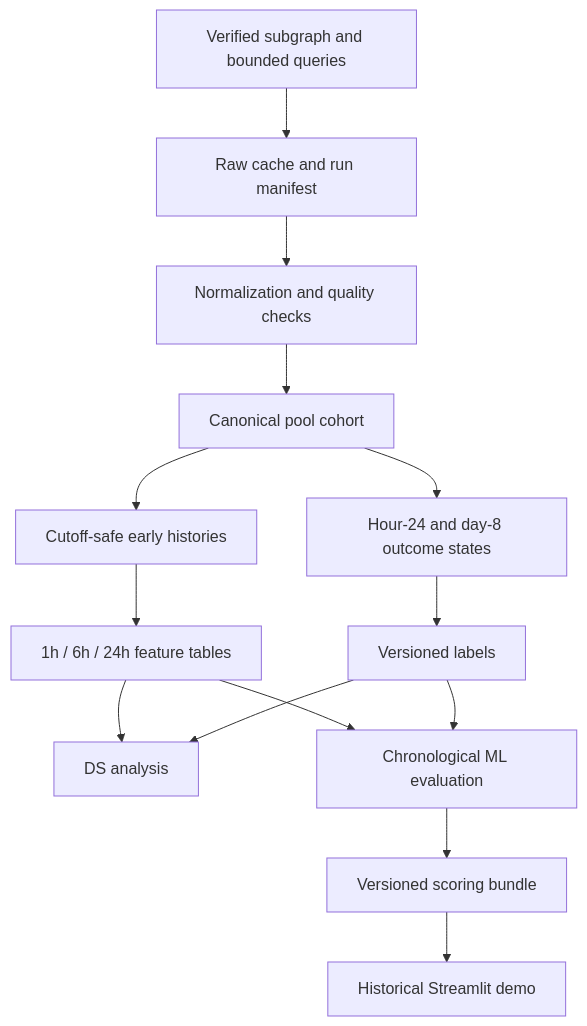
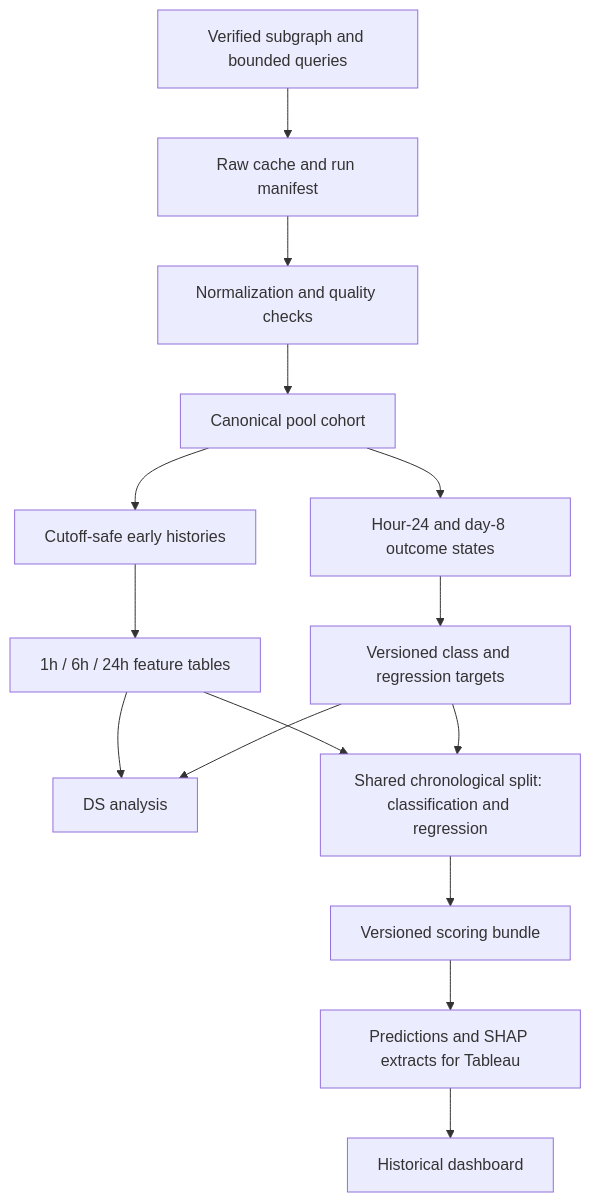
One commit to Abbas-coding/defi-pulse changed the diagram in docs/architecture.md. Above: the diagram before and after it, drawn with Mermaid. The commit also changed other lines of this file and 23 other files, not shown here.

First line of the commit message:
Add experimental classification and regression baselines

````diff
--- a/docs/architecture.md
+++ b/docs/architecture.md
@@ -9,16 +9,17 @@
 ```mermaid
 flowchart TD
     A[Verified subgraph and bounded queries] --> B[Raw cache and run manifest]
     B --> C[Normalization and quality checks]
     C --> D[Canonical pool cohort]
     D --> E[Cutoff-safe early histories]
     D --> F[Hour-24 and day-8 outcome states]
     E --> G[1h / 6h / 24h feature tables]
-    F --> H[Versioned labels]
+    F --> H[Versioned class and regression targets]
     G --> I[DS analysis]
     H --> I
-    G --> J[Chronological ML evaluation]
+    G --> J[Shared chronological split: classification and regression]
     H --> J
     J --> K[Versioned scoring bundle]
-    K --> L[Historical Streamlit demo]
+    K --> L[Predictions and SHAP extracts for Tableau]
+    L --> M[Historical dashboard]
 ```
````
